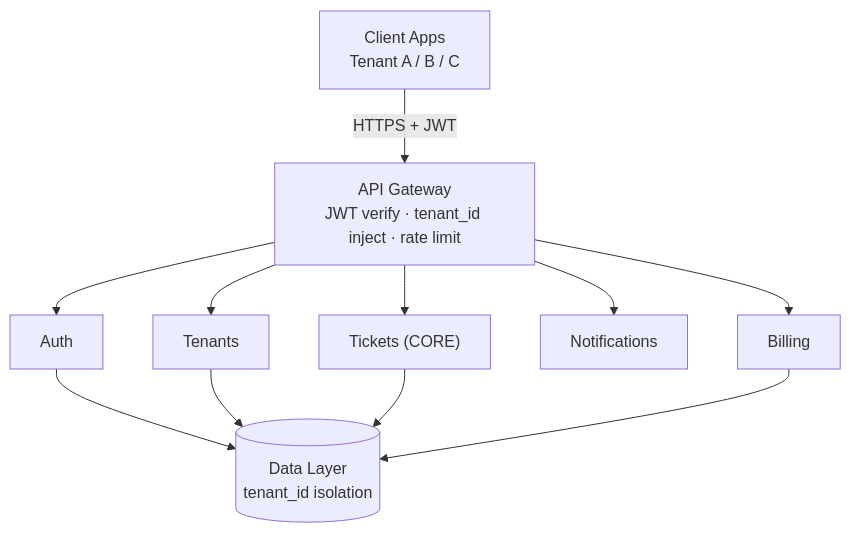
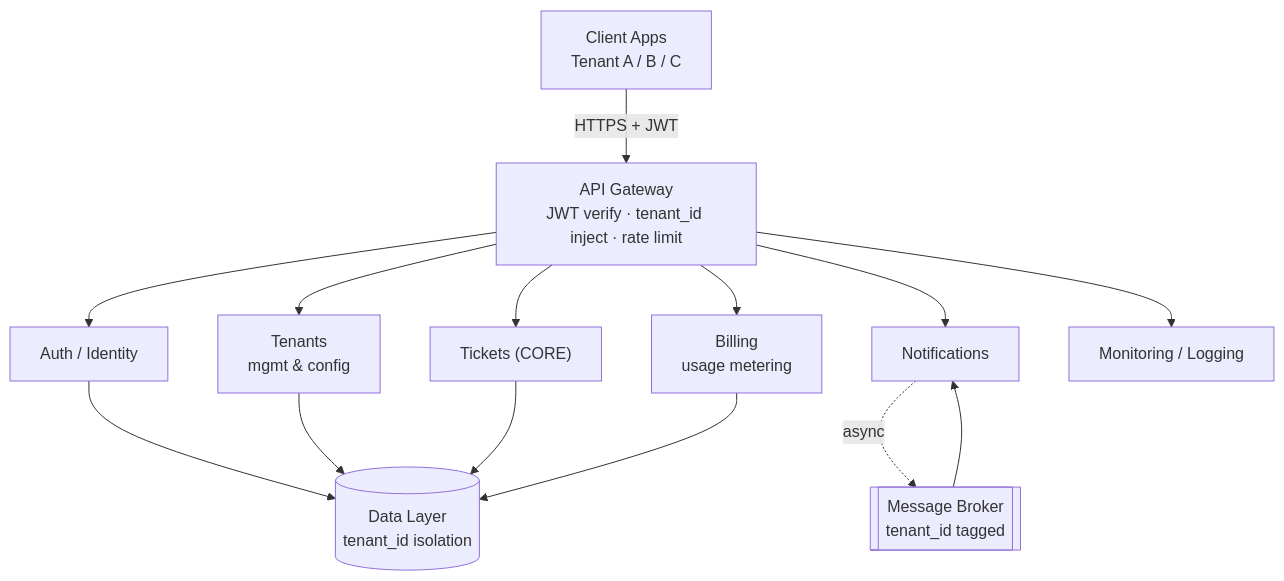
Before and after one commit to mustafasm99/practica1: the diagram in readME.md, drawn with Mermaid. The commit also changed other lines of this file, not shown here.

Commit message:
docs: update readME to reflect project scope and architecture

````diff
--- a/readME.md
+++ b/readME.md
@@ -42,15 +97,22 @@
 ```mermaid
 flowchart TD
     Client["Client Apps<br/>Tenant A / B / C"]
     GW["API Gateway<br/>JWT verify · tenant_id inject · rate limit"]
+
     Client -->|HTTPS + JWT| GW
-    GW --> AUTH["Auth"]
-    GW --> TEN["Tenants"]
+
+    GW --> AUTH["Auth / Identity"]
+    GW --> TEN["Tenants<br/>mgmt & config"]
     GW --> TIX["Tickets (CORE)"]
     GW --> NOTIF["Notifications"]
-    GW --> BILL["Billing"]
+    GW --> BILL["Billing<br/>usage metering"]
+
+    NOTIF -. async .-> MQ[["Message Broker<br/>tenant_id tagged"]]
+    GW --> MON["Monitoring / Logging"]
+
     AUTH --> DB[("Data Layer<br/>tenant_id isolation")]
     TEN --> DB
     TIX --> DB
     BILL --> DB
+    MQ --> NOTIF
 ```
````
